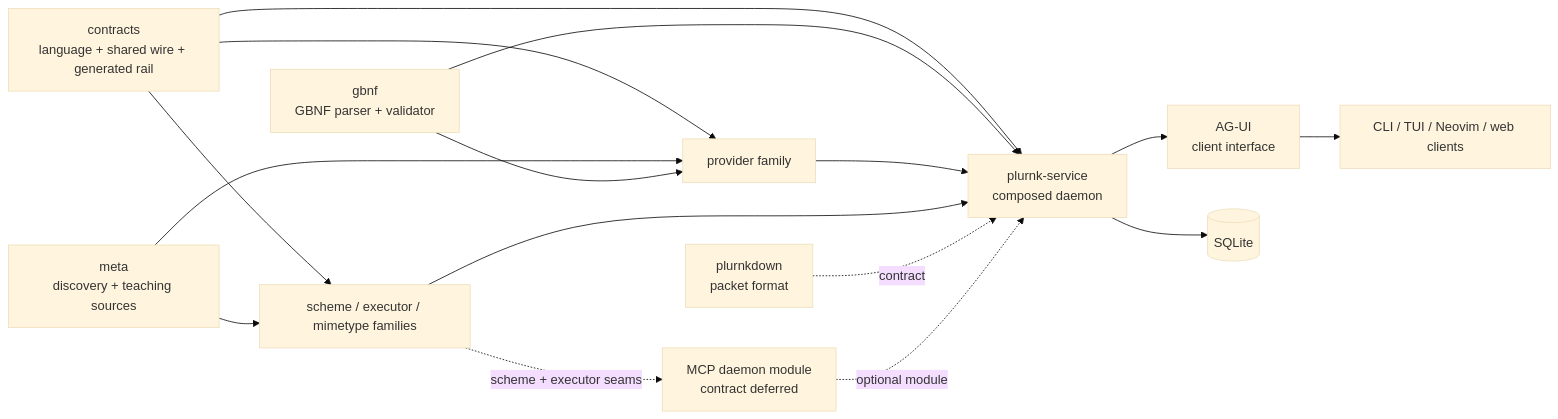
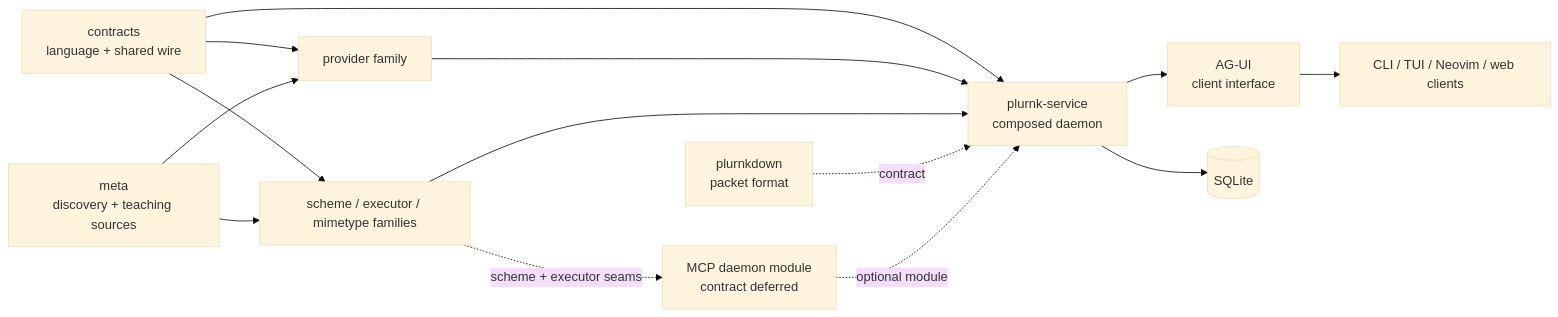
One commit to plurnk/plurnk-service changed the diagram in README.md. Above: the diagram before and after it, drawn with Mermaid (base theme). The commit also changed 1 other file, not shown here.

Commit message:
docs: correct architecture emphasis (#26)

````diff
--- a/README.md
+++ b/README.md
@@ -25,18 +25,16 @@
 ```mermaid
 flowchart LR
-    contracts["contracts<br/>language + shared wire + generated rail"] --> providers["provider family"]
+    contracts["contracts<br/>language + shared wire"] --> providers["provider family"]
     contracts --> capabilities["scheme / executor / mimetype families"]
     meta["meta<br/>discovery + teaching sources"] --> providers
     meta --> capabilities
     contracts --> core["plurnk-service<br/>composed daemon"]
-    gbnf["gbnf<br/>GBNF parser + validator"] --> providers
-    gbnf --> core
     providers --> core
     capabilities --> core
     packet["plurnkdown<br/>packet format"] -. contract .-> core
     capabilities -. scheme + executor seams .-> mcp["MCP daemon module<br/>contract deferred"]
     mcp -. optional module .-> core
     core --> agui["AG-UI<br/>client interface"]
     agui --> clients["CLI / TUI / Neovim / web clients"]
     core --> sqlite[(SQLite)]
 ```
````
